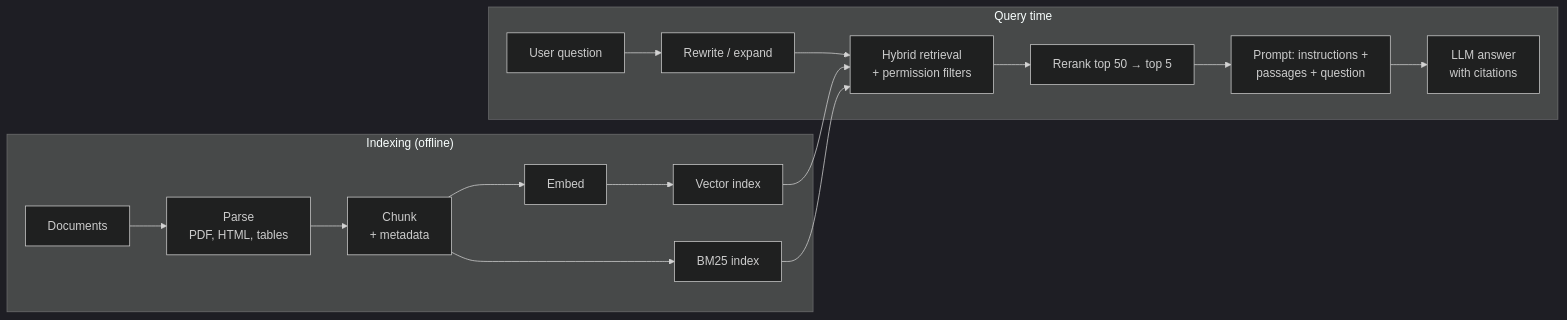
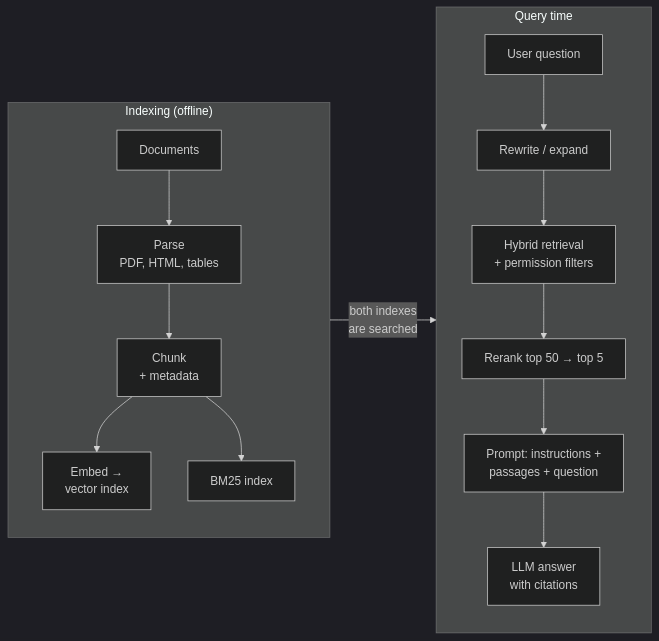
One commit to rajan-021/AI-ML changed the diagram in docs/ai-engineering/rag.md. Above: the diagram before and after it, drawn with Mermaid (dark theme). The commit also changed 20 other files, not shown here.

First line of the commit message:
Make diagrams readable at the content width

````diff
--- a/docs/ai-engineering/rag.md
+++ b/docs/ai-engineering/rag.md
@@ -43,19 +43,19 @@
 ```mermaid
 flowchart LR
     subgraph IDX["Indexing (offline)"]
+        direction TB
         D["Documents"] --> PA["Parse<br/>PDF, HTML, tables"]
         PA --> CH["Chunk<br/>+ metadata"]
-        CH --> EM["Embed"]
+        CH --> EM["Embed →<br/>vector index"]
         CH --> BM["BM25 index"]
-        EM --> VS["Vector index"]
     end
     subgraph QRY["Query time"]
+        direction TB
         Q["User question"] --> QR["Rewrite / expand"]
         QR --> H["Hybrid retrieval<br/>+ permission filters"]
-        VS --> H
-        BM --> H
         H --> RR["Rerank top 50 → top 5"]
         RR --> P["Prompt: instructions +<br/>passages + question"]
         P --> G["LLM answer<br/>with citations"]
     end
+    IDX -->|"both indexes<br/>are searched"| QRY
 ```
````
